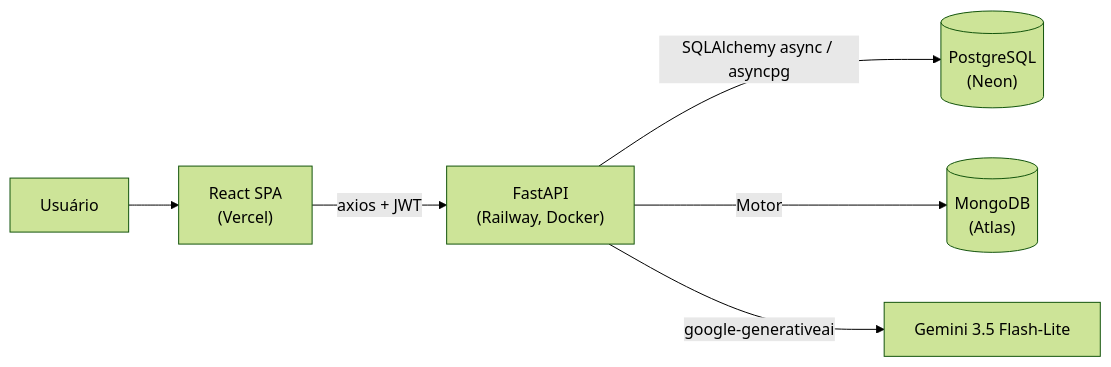
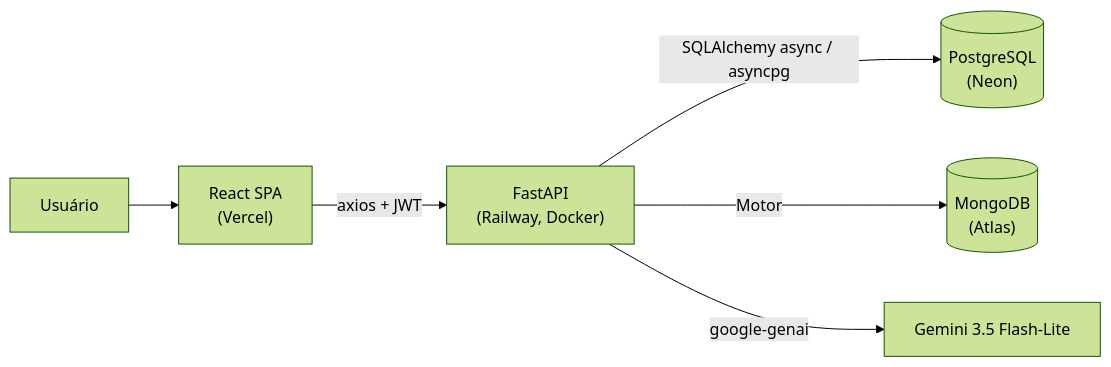
One commit to DigoDuck/Norby changed the diagram in README.md. Above: the diagram before and after it, drawn with Mermaid (forest theme).

Commit message:
docs: name the maintained Gemini SDK in the architecture diagram

````diff
--- a/README.md
+++ b/README.md
@@ -34,8 +34,8 @@
 ```mermaid
 flowchart LR
     U[Usuário] --> FE["React SPA<br/>(Vercel)"]
     FE -->|axios + JWT| API["FastAPI<br/>(Railway, Docker)"]
     API -->|SQLAlchemy async / asyncpg| PG[("PostgreSQL<br/>(Neon)")]
     API -->|Motor| MG[("MongoDB<br/>(Atlas)")]
-    API -->|google-generativeai| GEM["Gemini 3.5 Flash-Lite"]
+    API -->|google-genai| GEM["Gemini 3.5 Flash-Lite"]
 ```
````
